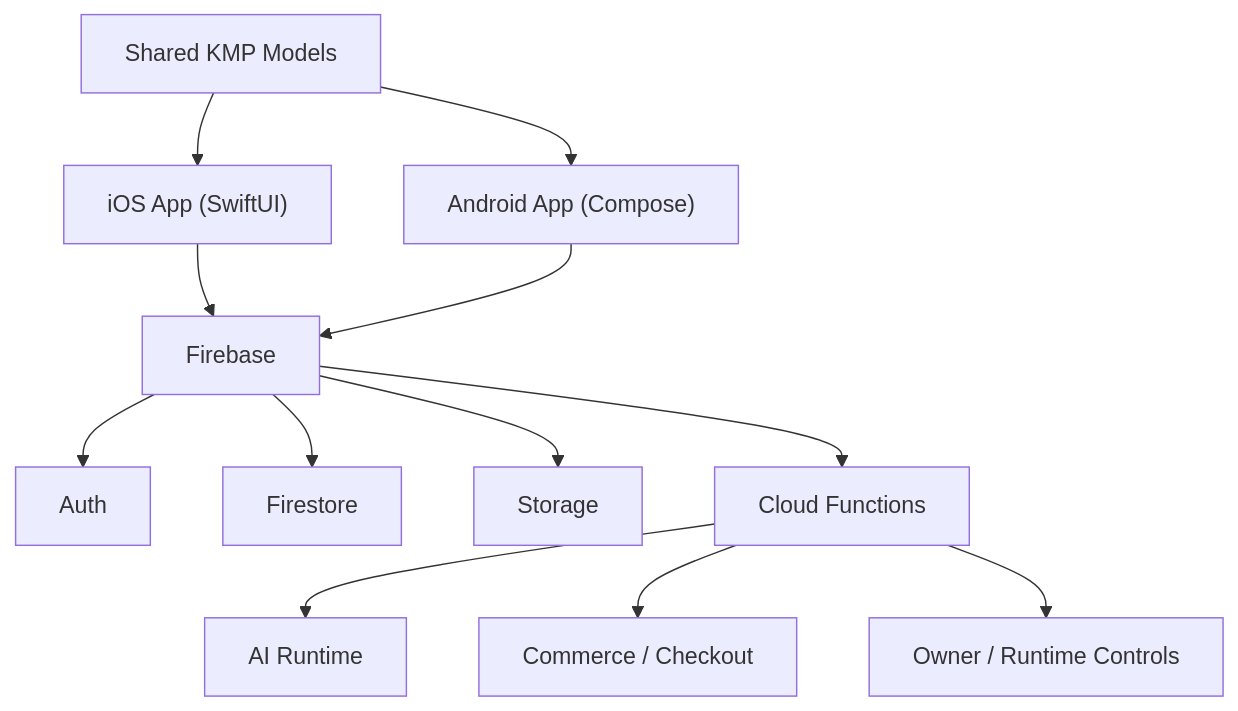
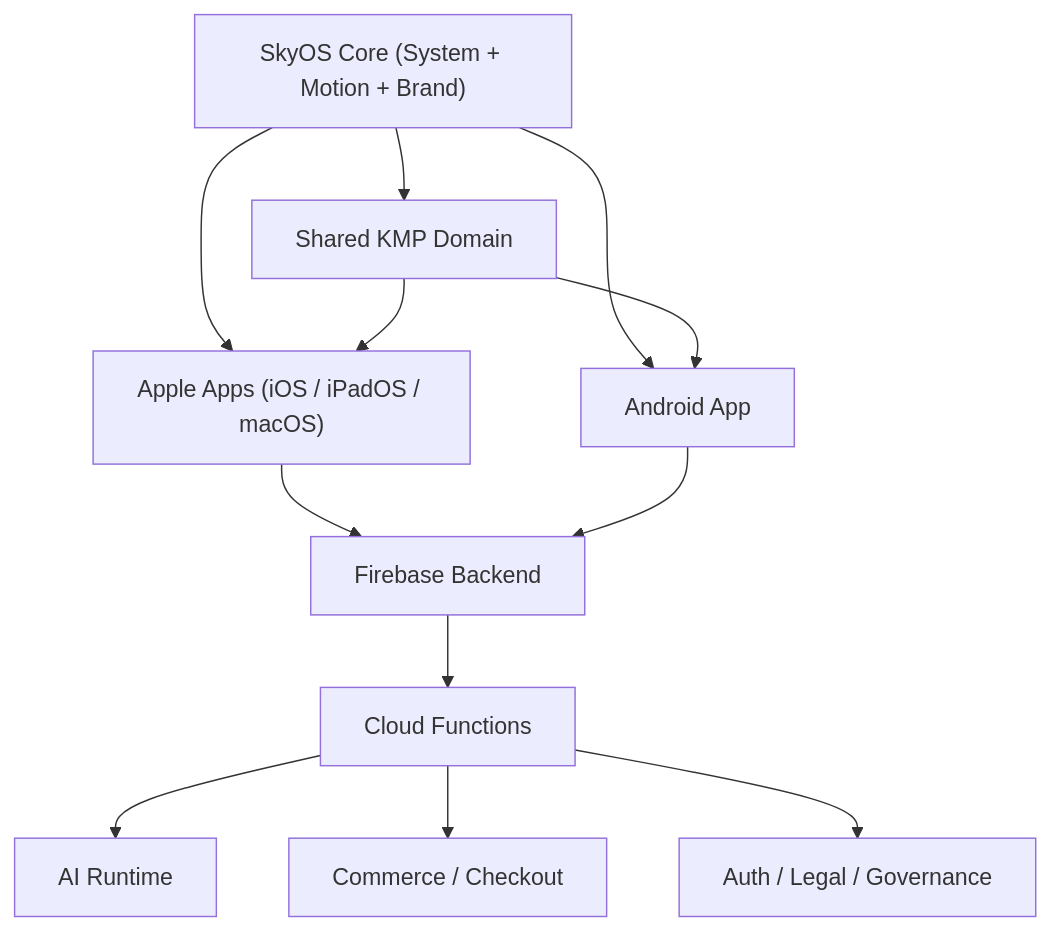
One commit to Yang-D-Nash/SkyOS-Readme-Public changed the diagram in README.md. Above: the diagram before and after it, drawn with Mermaid. The commit also changed other lines of this file and 200 other files, not shown here.

````diff
--- a/README.md
+++ b/README.md
@@ -301,14 +117,15 @@
 ```mermaid
 flowchart TB
-    ios["iOS App (SwiftUI)"] --> firebase["Firebase"]
-    android["Android App (Compose)"] --> firebase
-    shared["Shared KMP Models"] --> ios
+    skyos["SkyOS Core (System + Motion + Brand)"]
+    skyos --> ios["Apple Apps (iOS / iPadOS / macOS)"]
+    skyos --> android["Android App"]
+    skyos --> shared["Shared KMP Domain"]
+    ios --> firebase["Firebase Backend"]
+    android --> firebase
+    shared --> ios
     shared --> android
-    firebase --> auth["Auth"]
-    firebase --> firestore["Firestore"]
-    firebase --> storage["Storage"]
     firebase --> functions["Cloud Functions"]
     functions --> ai["AI Runtime"]
     functions --> commerce["Commerce / Checkout"]
-    functions --> ops["Owner / Runtime Controls"]
+    functions --> trust["Auth / Legal / Governance"]
 ```
````
